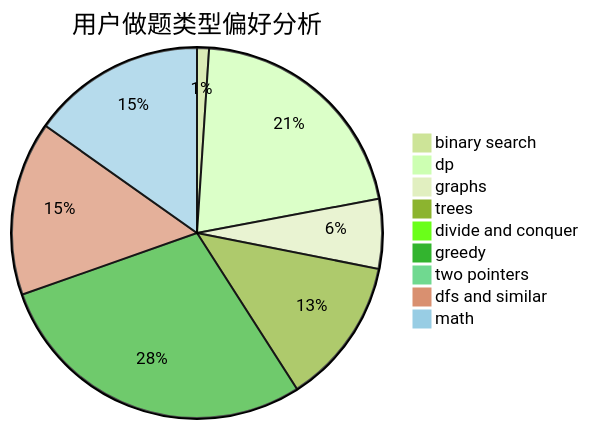
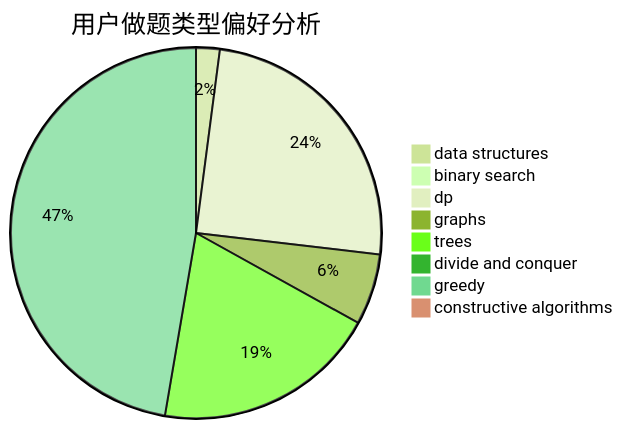
One commit to sherpahu/cfrs.github.io changed the second of 3 diagrams in docs/user/u1310.md. Above: the diagram before and after it, drawn with Mermaid (forest theme). The commit also changed other lines of this file and 2775 other files, not shown here.

````diff
--- a/docs/user/u1310.md
+++ b/docs/user/u1310.md
@@ -23,12 +23,11 @@
 ```mermaid
 pie title 用户做题类型偏好分析
-    "binary search" :  11
-    "dp" :  221
-    "graphs" :  64
-    "trees" :  135
-    "divide and conquer" :  10
-    "greedy" :  302
-    "two pointers" :  0
-    "dfs and similar" :  160
-    "math" :  160
+    "data structures" :  10
+    "binary search" :  4
+    "dp" :  120
+    "graphs" :  30
+    "trees" :  95
+    "divide and conquer" :  3
+    "greedy" :  229
+    "constructive algorithms" :  0
 ```
````
